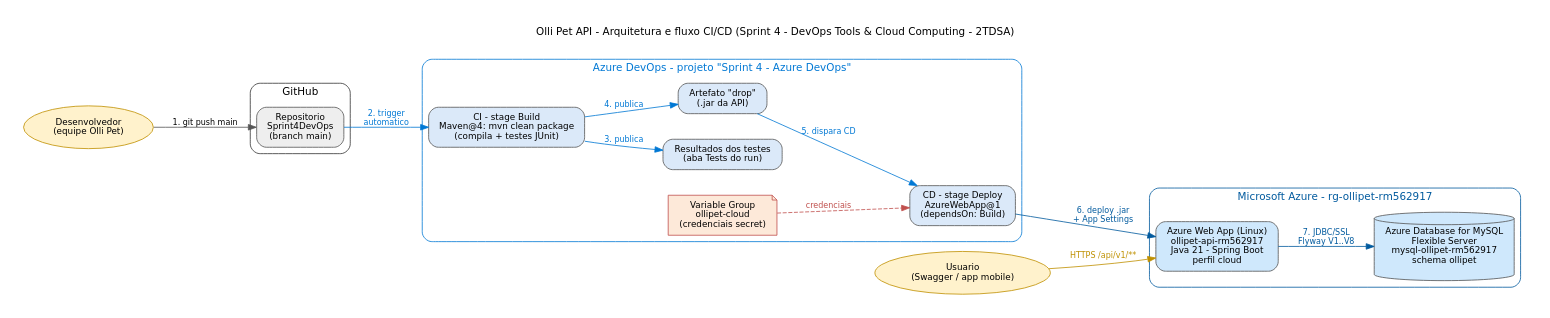
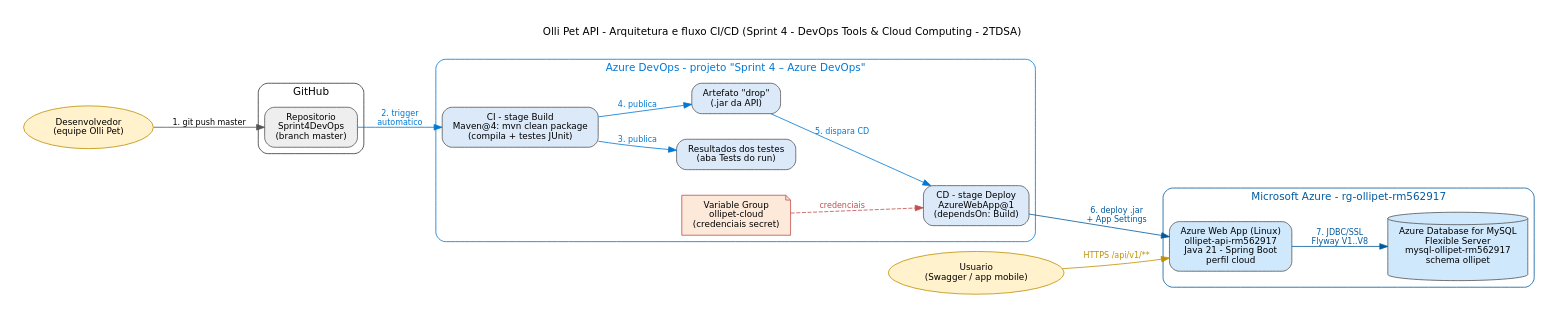
One commit to HenriqueRodriguesV/Sprint4DevOps changed the diagram in docs/azure/arquitetura-cicd.dot. Above: the diagram before and after it, drawn with Graphviz. The commit also changed 11 other files, not shown here.

Commit message:
Ajustes do enunciado: projeto 'Sprint 4 – Azure DevOps', trigger na master, PDF de entrega e checklist no README

```diff
--- a/docs/azure/arquitetura-cicd.dot
+++ b/docs/azure/arquitetura-cicd.dot
@@ -1,40 +1,40 @@
 // Fonte do diagrama de arquitetura + fluxo CI/CD (Sprint 4).
 // Regerar: dot -Tpng -Gdpi=150 docs/azure/arquitetura-cicd.dot -o docs/azure/arquitetura-cicd.png
 //          dot -Grankdir=TB -Tpng -Gdpi=150 docs/azure/arquitetura-cicd.dot -o docs/azure/arquitetura-cicd-vertical.png
 digraph G {
   rankdir=LR; splines=spline; nodesep=0.45; ranksep=0.7; pad=0.3;
   graph [fontname="DejaVu Sans", fontsize=13, labelloc=t, label="Olli Pet API - Arquitetura e fluxo CI/CD (Sprint 4 - DevOps Tools & Cloud Computing - 2TDSA)\n\n"];
   node  [fontname="DejaVu Sans", fontsize=11, shape=box, style="rounded,filled", fillcolor="#ffffff", color="#555555", margin="0.18,0.10"];
   edge  [fontname="DejaVu Sans", fontsize=10, color="#555555"];
 
   dev [label="Desenvolvedor\n(equipe Olli Pet)", shape=ellipse, fillcolor="#fff2cc", color="#bf9000"];
 
   subgraph cluster_gh { label="GitHub"; style="rounded"; color="#333333";
-    repo [label="Repositorio\nSprint4DevOps\n(branch main)", fillcolor="#eeeeee"];
+    repo [label="Repositorio\nSprint4DevOps\n(branch master)", fillcolor="#eeeeee"];
   }
 
-  subgraph cluster_ado { label="Azure DevOps - projeto \"Sprint 4 - Azure DevOps\""; style="rounded"; color="#0078d4"; fontcolor="#0078d4";
+  subgraph cluster_ado { label="Azure DevOps - projeto \"Sprint 4 – Azure DevOps\""; style="rounded"; color="#0078d4"; fontcolor="#0078d4";
     ci   [label="CI - stage Build\nMaven@4: mvn clean package\n(compila + testes JUnit)", fillcolor="#dbe9f9"];
     tst  [label="Resultados dos testes\n(aba Tests do run)", fillcolor="#dbe9f9"];
     art  [label="Artefato \"drop\"\n(.jar da API)", fillcolor="#dbe9f9"];
     cd   [label="CD - stage Deploy\nAzureWebApp@1\n(dependsOn: Build)", fillcolor="#dbe9f9"];
     vg   [label="Variable Group\nollipet-cloud\n(credenciais secret)", shape=note, fillcolor="#fde9d9", color="#c0504d"];
   }
 
   subgraph cluster_az { label="Microsoft Azure - rg-ollipet-rm562917"; style="rounded"; color="#005a9e"; fontcolor="#005a9e";
     web [label="Azure Web App (Linux)\nollipet-api-rm562917\nJava 21 - Spring Boot\nperfil cloud", fillcolor="#cfe8fc"];
     db  [label="Azure Database for MySQL\nFlexible Server\nmysql-ollipet-rm562917\nschema ollipet", shape=cylinder, fillcolor="#cfe8fc"];
   }
 
   user [label="Usuario\n(Swagger / app mobile)", shape=ellipse, fillcolor="#fff2cc", color="#bf9000"];
 
-  dev  -> repo [label="1. git push main"];
+  dev  -> repo [label="1. git push master"];
   repo -> ci   [label="2. trigger\nautomatico", color="#0078d4", fontcolor="#0078d4"];
   ci   -> tst  [label="3. publica", color="#0078d4", fontcolor="#0078d4"];
   ci   -> art  [label="4. publica", color="#0078d4", fontcolor="#0078d4"];
   art  -> cd   [label="5. dispara CD", color="#0078d4", fontcolor="#0078d4"];
   vg   -> cd   [label="credenciais", style=dashed, color="#c0504d", fontcolor="#c0504d"];
   cd   -> web  [label="6. deploy .jar\n+ App Settings", color="#005a9e", fontcolor="#005a9e"];
   web  -> db   [label="7. JDBC/SSL\nFlyway V1..V8", color="#005a9e", fontcolor="#005a9e"];
   user -> web  [label="HTTPS /api/v1/**", color="#bf9000", fontcolor="#bf9000"];
 }
```
